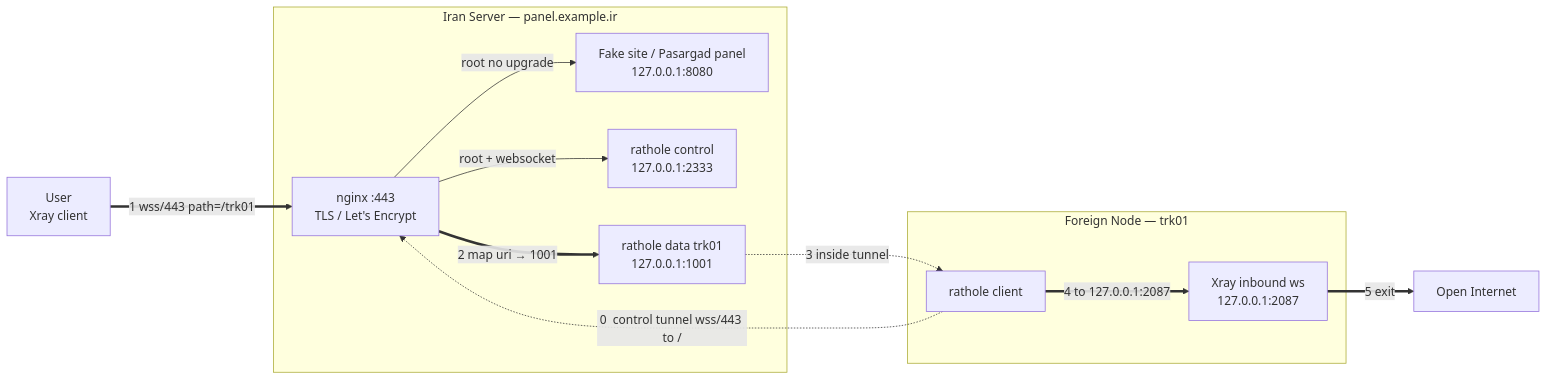
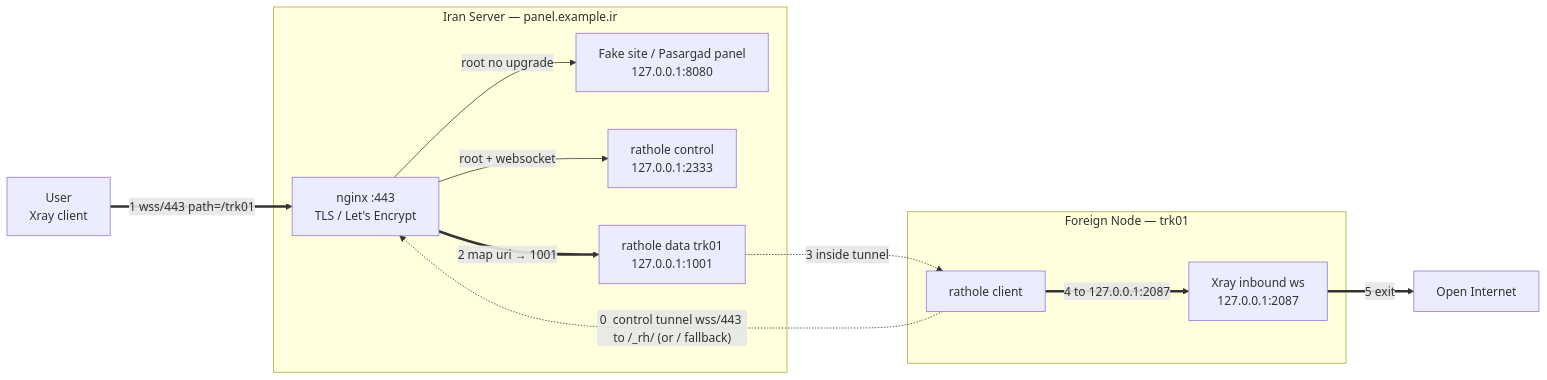
Before and after one commit to l8PYGIT/RatholeEngine: the first of 2 diagrams in docs/traffic-flow.en.md, drawn with Mermaid. The commit also changed other lines of this file and 24 other files, not shown here.

````diff
--- a/docs/traffic-flow.en.md
+++ b/docs/traffic-flow.en.md
@@ -49,27 +56,27 @@
 ```mermaid
 flowchart LR
     U["User<br/>Xray client"]
     NET["Open Internet"]
 
     subgraph IR["Iran Server — panel.example.ir"]
         NG["nginx :443<br/>TLS / Let's Encrypt"]
         FK["Fake site / Pasargad panel<br/>127.0.0.1:8080"]
         RC["rathole control<br/>127.0.0.1:2333"]
         RD["rathole data trk01<br/>127.0.0.1:1001"]
     end
 
     subgraph NODE["Foreign Node — trk01"]
         CL["rathole client"]
         XR["Xray inbound ws<br/>127.0.0.1:2087"]
     end
 
-    CL -. "0  control tunnel wss/443 to /" .-> NG
+    CL -. "0  control tunnel wss/443 to /_rh/<hex> (or / fallback)" .-> NG
     NG -- "root + websocket" --> RC
 
     U == "1  wss/443  path=/trk01" ==> NG
     NG -- "root no upgrade" --> FK
     NG == "2  map uri → 1001" ==> RD
     RD -. "3  inside tunnel" .-> CL
     CL == "4  to 127.0.0.1:2087" ==> XR
     XR == "5  exit" ==> NET
 ```
````
